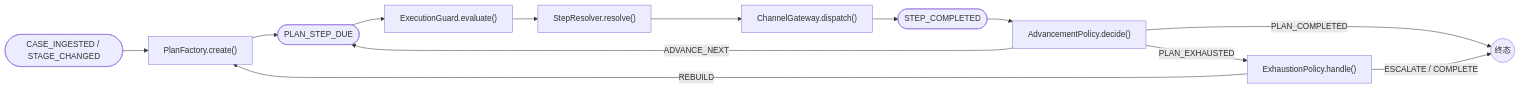
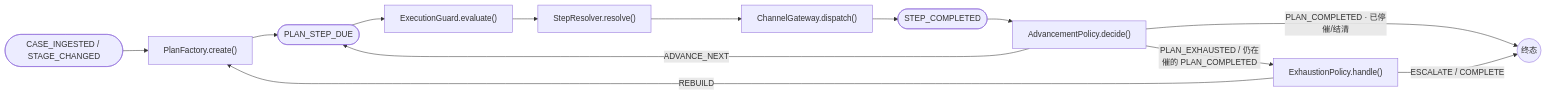
Before and after one commit to katherineliu2102/Intelligent-Collection-V1: the sixth of 6 diagrams in docs/MOCASA催收系统升级_Phase1_核心引擎规格.md, drawn with Mermaid. The commit also changed other lines of this file and 26 other files, not shown here.

````diff
--- a/docs/MOCASA催收系统升级_Phase1_核心引擎规格.md
+++ b/docs/MOCASA催收系统升级_Phase1_核心引擎规格.md
@@ -882,15 +896,15 @@
 ```mermaid
 flowchart LR
     A(["CASE_INGESTED / STAGE_CHANGED"]) --> PF["PlanFactory.create()"]
     PF --> DUE(["PLAN_STEP_DUE"])
     DUE --> EG["ExecutionGuard.evaluate()"]
     EG --> SR["StepResolver.resolve()"]
     SR --> CG["ChannelGateway.dispatch()"]
     CG --> DONE(["STEP_COMPLETED"])
     DONE --> AP["AdvancementPolicy.decide()"]
     AP -->|ADVANCE_NEXT| DUE
-    AP -->|PLAN_EXHAUSTED| EP["ExhaustionPolicy.handle()"]
+    AP -->|PLAN_EXHAUSTED / 仍在催的 PLAN_COMPLETED| EP["ExhaustionPolicy.handle()"]
     EP -->|REBUILD| PF
-    AP -->|PLAN_COMPLETED| END((终态))
+    AP -->|PLAN_COMPLETED · 已停催/结清| END((终态))
     EP -->|ESCALATE / COMPLETE| END
 ```
````
